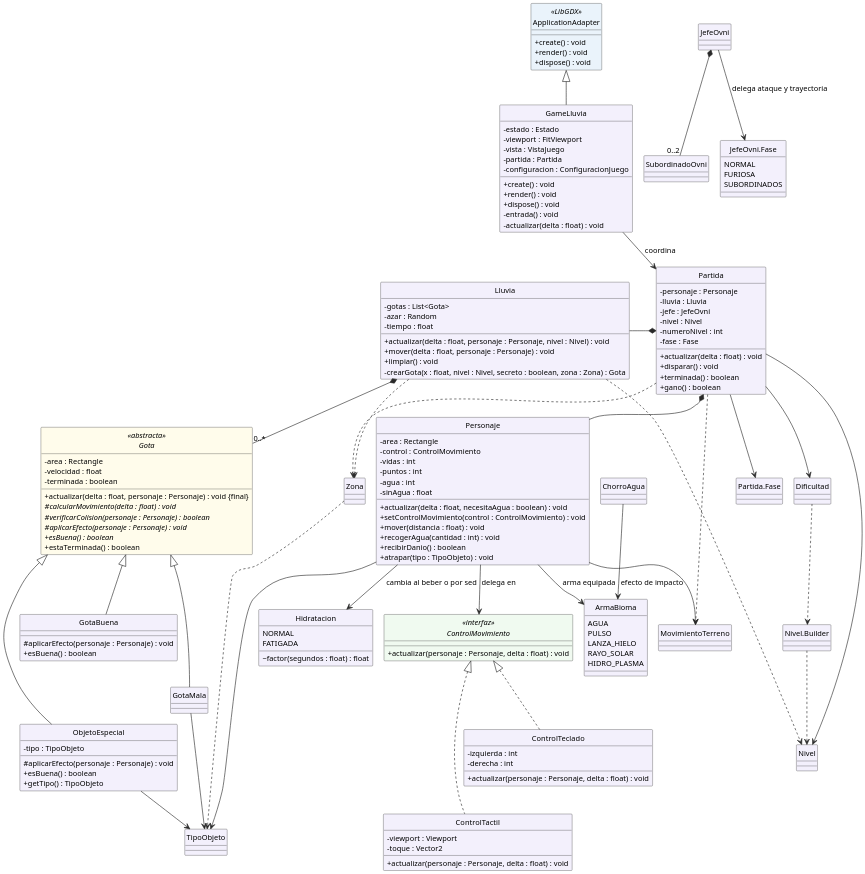
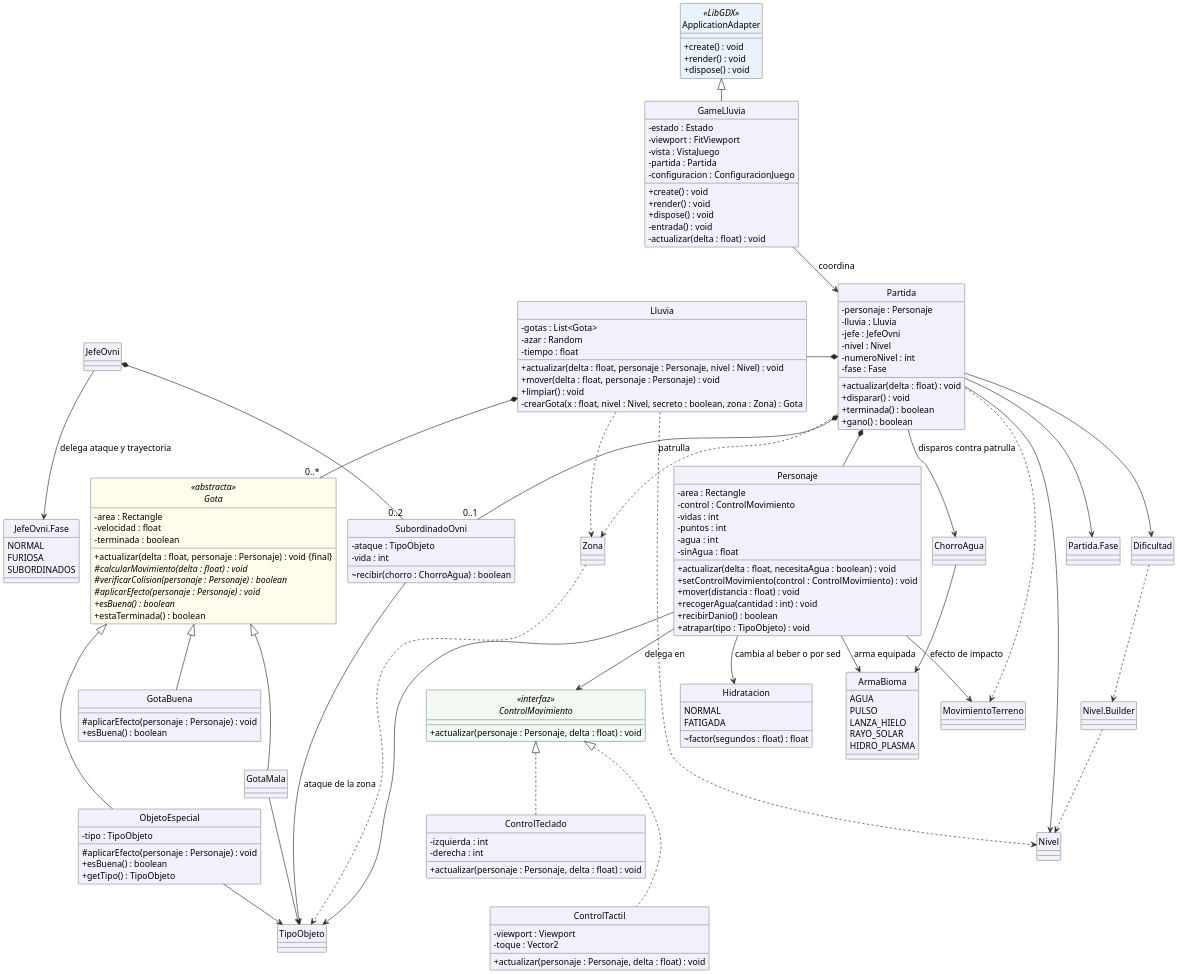
One commit to maverick1006/Proyecto-Game-LLuvia- changed the diagram in docs/uml/01-dominio.puml. Above: the diagram before and after it, drawn with PlantUML. The commit also changed 18 other files, not shown here.

```diff
--- a/docs/uml/01-dominio.puml
+++ b/docs/uml/01-dominio.puml
@@ -1,166 +1,173 @@
 @startuml
 !pragma layout smetana
 skinparam backgroundColor white
 skinparam shadowing false
 skinparam classAttributeIconSize 0
 skinparam defaultFontName Courier New
-skinparam defaultFontSize 12
+skinparam defaultFontSize 14
 skinparam dpi 180
 skinparam roundcorner 3
 skinparam ArrowColor #292929
 skinparam classBorderColor #292929
 skinparam classBackgroundColor #F3F0FC
 skinparam classBackgroundColor<<abstracta>> #FFFCEB
 skinparam classBackgroundColor<<interfaz>> #F0FAF0
 skinparam classBackgroundColor<<LibGDX>> #EAF3FB
 hide circle
 class GameLluvia {
  - estado : Estado
  - viewport : FitViewport
  - vista : VistaJuego
  - partida : Partida
  - configuracion : ConfiguracionJuego
  + create() : void
  + render() : void
  + dispose() : void
  - entrada() : void
  - actualizar(delta : float) : void
 }
 class Partida {
  - personaje : Personaje
  - lluvia : Lluvia
  - jefe : JefeOvni
  - nivel : Nivel
  - numeroNivel : int
  - fase : Fase
  + actualizar(delta : float) : void
  + disparar() : void
  + terminada() : boolean
  + gano() : boolean
 }
 class Personaje {
  - area : Rectangle
  - control : ControlMovimiento
  - vidas : int
  - puntos : int
  - agua : int
  - sinAgua : float
  + actualizar(delta : float, necesitaAgua : boolean) : void
  + setControlMovimiento(control : ControlMovimiento) : void
  + mover(distancia : float) : void
  + recogerAgua(cantidad : int) : void
  + recibirDanio() : boolean
  + atrapar(tipo : TipoObjeto) : void
 }
 class Lluvia {
  - gotas : List<Gota>
  - azar : Random
  - tiempo : float
  + actualizar(delta : float, personaje : Personaje, nivel : Nivel) : void
  + mover(delta : float, personaje : Personaje) : void
  + limpiar() : void
  - crearGota(x : float, nivel : Nivel, secreto : boolean, zona : Zona) : Gota
 }
 abstract class Gota <<abstracta>> {
  - area : Rectangle
  - velocidad : float
  - terminada : boolean
  + actualizar(delta : float, personaje : Personaje) : void {final}
  # {abstract} calcularMovimiento(delta : float) : void
  # {abstract} verificarColision(personaje : Personaje) : boolean
  # {abstract} aplicarEfecto(personaje : Personaje) : void
  + {abstract} esBuena() : boolean
  + estaTerminada() : boolean
 }
 class GotaBuena {
  # aplicarEfecto(personaje : Personaje) : void
  + esBuena() : boolean
 }
 class ObjetoEspecial {
  - tipo : TipoObjeto
  # aplicarEfecto(personaje : Personaje) : void
  + esBuena() : boolean
  + getTipo() : TipoObjeto
 }
 class GotaMala
 Gota <|-- GotaMala
 Gota <|-- GotaBuena
 Gota <|-- ObjetoEspecial
 interface ControlMovimiento <<interfaz>> {
  + actualizar(personaje : Personaje, delta : float) : void
 }
 class ControlTeclado {
  - izquierda : int
  - derecha : int
  + actualizar(personaje : Personaje, delta : float) : void
 }
 class ControlTactil {
  - viewport : Viewport
  - toque : Vector2
  + actualizar(personaje : Personaje, delta : float) : void
 }
 ControlMovimiento <|.. ControlTeclado
 ControlMovimiento <|.. ControlTactil
 class ApplicationAdapter <<LibGDX>> {
  + create() : void
  + render() : void
  + dispose() : void
 }
 ApplicationAdapter <|-- GameLluvia
 GameLluvia -right-> Partida : coordina
 Partida *-down- Personaje
 Partida *-left- Lluvia
 Lluvia *-down- "0..*" Gota
 Personaje -down-> ControlMovimiento : delega en
 
 
 GameLluvia -[hidden]down- Lluvia
 Lluvia -[hidden]right- Personaje
 GotaBuena -[hidden]down- ObjetoEspecial
 ControlTeclado -[hidden]down- ControlTactil
 enum Dificultad
 enum Zona
 enum TipoObjeto
 enum "Partida.Fase" as Fase
 class Nivel
 class "Nivel.Builder" as Builder
 Partida --> Fase
 Partida --> Dificultad
 Partida --> Nivel
 Partida ..> Zona
 Lluvia ..> Zona
 Zona ..> TipoObjeto
 Lluvia ..> Nivel
 ObjetoEspecial --> TipoObjeto
 GotaMala --> TipoObjeto
 Personaje --> TipoObjeto
 Dificultad ..> Builder
 Builder ..> Nivel
 
 enum ArmaBioma {
  AGUA
  PULSO
  LANZA_HIELO
  RAYO_SOLAR
  HIDRO_PLASMA
 }
-class SubordinadoOvni
+class SubordinadoOvni {
+  - ataque : TipoObjeto
+  - vida : int
+  ~ recibir(chorro : ChorroAgua) : boolean
+}
+Partida *-- "0..1" SubordinadoOvni : patrulla
+SubordinadoOvni --> TipoObjeto : ataque de la zona
+Partida --> ChorroAgua : disparos contra patrulla
 enum "JefeOvni.Fase" as FaseOvni {
  NORMAL
  FURIOSA
  SUBORDINADOS
 }
 JefeOvni --> FaseOvni : delega ataque y trayectoria
 JefeOvni *-- "0..2" SubordinadoOvni
 ChorroAgua --> ArmaBioma : efecto de impacto
 Personaje --> ArmaBioma : arma equipada
 enum MovimientoTerreno
 Personaje --> MovimientoTerreno
 Partida ..> MovimientoTerreno
 enum Hidratacion {
  NORMAL
  FATIGADA
  ~ factor(segundos : float) : float
 }
 Personaje --> Hidratacion : cambia al beber o por sed
 @enduml
```
